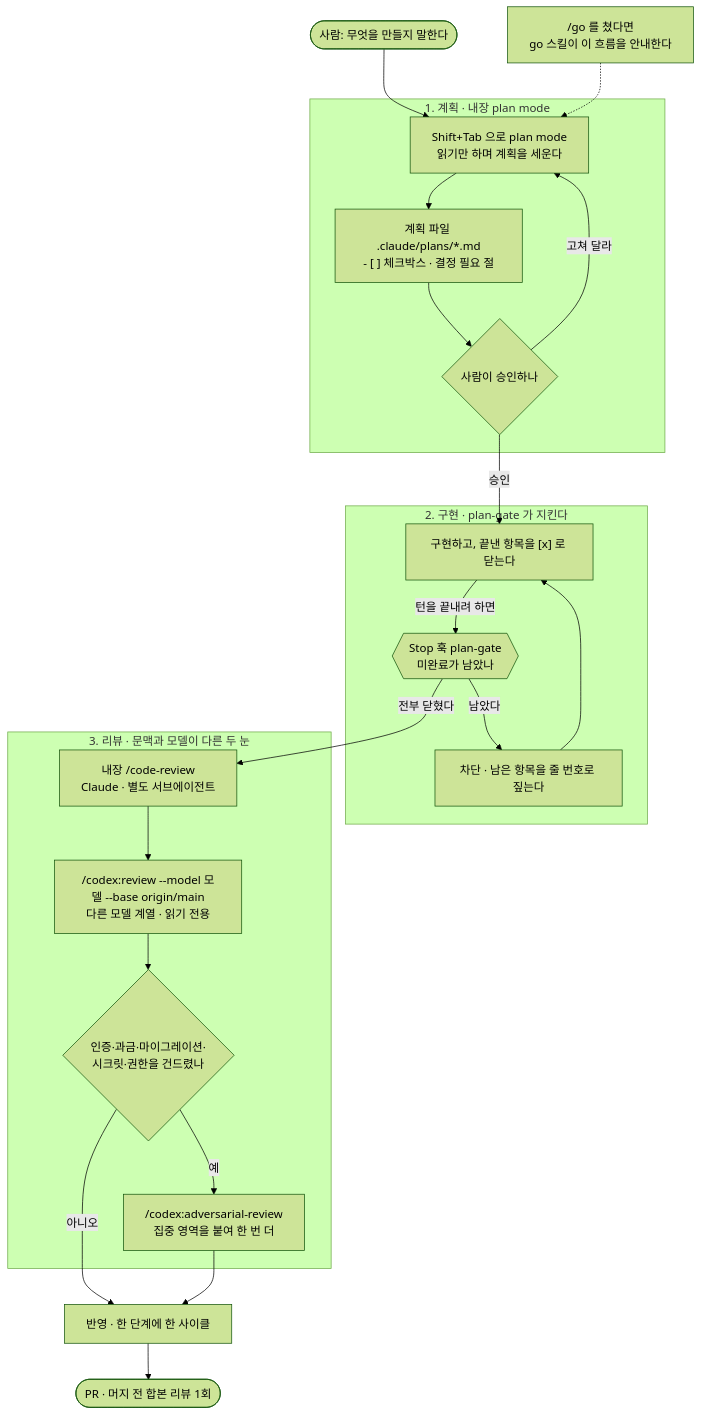
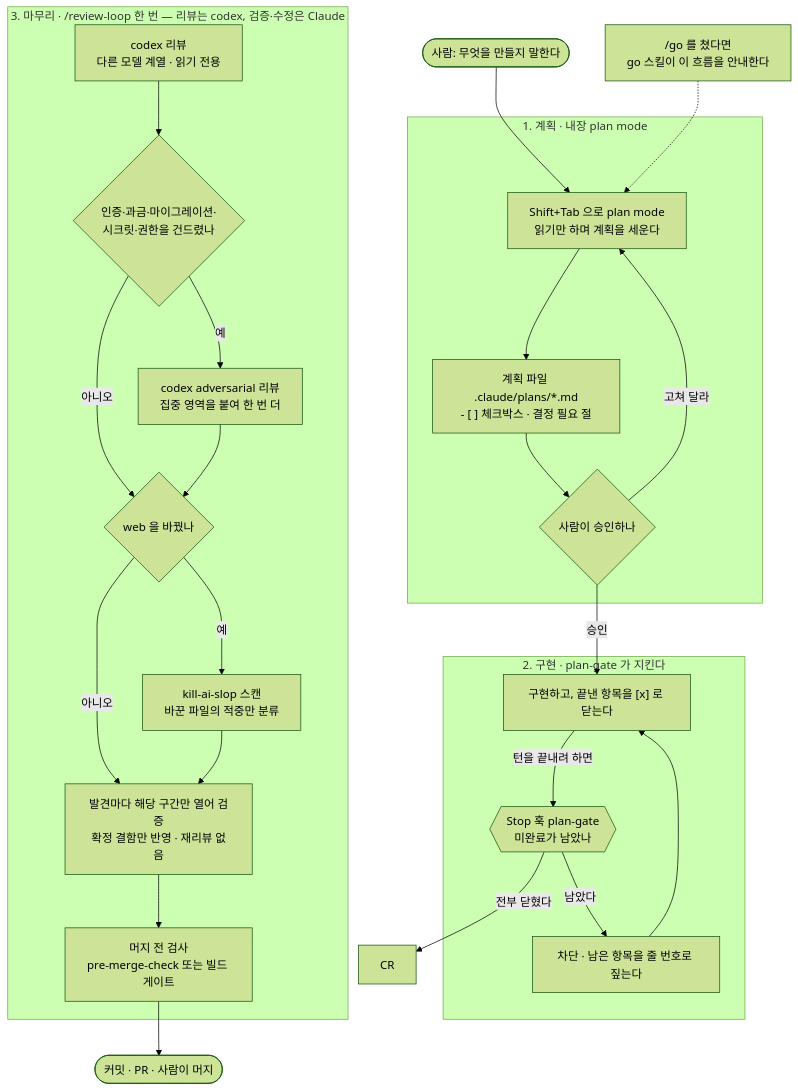
One commit to jwjinn/go-skill changed the first of 3 diagrams in README.md. Above: the diagram before and after it, drawn with Mermaid (forest theme). The commit also changed other lines of this file and 2 other files, not shown here.

Commit message:
feat(review-loop): 구현 뒤 마무리 한 사이클을 스킬 하나로 묶는다 — 리뷰어는 codex 하나 (#3)
사용자 질문(2026-10-11): 「이것들을 기존 go 스킬처럼 매번 하는 흐름을 묶을 수 없는 건가?」 → 묶었다.
이어진 결정: 「리뷰 1(Claude)·리뷰 2(codex) 이걸 하나만 하자. claude 토큰을 너무 쓰는 거 같은데」 → codex 하나.

- skills/review-loop: codex 리뷰(민감 영역이면 adversarial 추가) → web 변경이면 kill-ai-slop 스캔 →
  발견마다 해당 구간만 열어 검증 → 확정 결함만 반영 → pre-merge-check(있으면) → 커밋·PR(--no-pr · --merge).
  슬래시 명령 /codex:review 는 모델이 못 부르므로 플러그인의 companion 스크립트를 직접 실행한다.
  내장 /code-review 는 부르지 않는다. codex 가 실패하면 조용히 Claude 리뷰로 바꾸지 않고 묻는다.
- skills/go 안내와 README(표 · 흐름도 · 다섯 줄)를 그 흐름으로 고쳤다.
- E2E(새 세션 · 결함 둘을 심은 저장소 · --base HEAD~1 --no-pr): codex 가 P1 인젝션·P2 off-by-one 을 찾고,
  Claude 가 둘 다 재현을 확인한 뒤 고쳐 커밋했다. 17턴 · $1.07(리뷰 자체는 codex 토큰이고 이 값은 검증·수정·
  임시 테스트에 든 Claude 몫이다).

````diff
--- a/README.md
+++ b/README.md
@@ -18,31 +19,34 @@
 ```mermaid
 flowchart TD
     U(["사람: 무엇을 만들지 말한다"]) --> PM
     G["/go 를 쳤다면<br/>go 스킬이 이 흐름을 안내한다"] -.-> PM
 
     subgraph S1["1. 계획 · 내장 plan mode"]
         PM["Shift+Tab 으로 plan mode<br/>읽기만 하며 계획을 세운다"] --> PF["계획 파일 .claude/plans/*.md<br/>- [ ] 체크박스 · 결정 필요 절"]
         PF --> OK{"사람이 승인하나"}
     end
 
     OK -->|"고쳐 달라"| PM
     OK -->|"승인"| IM
 
     subgraph S2["2. 구현 · plan-gate 가 지킨다"]
         IM["구현하고, 끝낸 항목을 [x] 로 닫는다"] -->|"턴을 끝내려 하면"| GT{{"Stop 훅 plan-gate<br/>미완료가 남았나"}}
         GT -->|"남았다"| BL["차단 · 남은 항목을 줄 번호로 짚는다"]
         BL --> IM
     end
 
     GT -->|"전부 닫혔다"| CR
 
-    subgraph S3["3. 리뷰 · 문맥과 모델이 다른 두 눈"]
-        CR["내장 /code-review<br/>Claude · 별도 서브에이전트"] --> CX["/codex:review --model 모델 --base origin/main<br/>다른 모델 계열 · 읽기 전용"]
-        CX --> SEN{"인증·과금·마이그레이션·<br/>시크릿·권한을 건드렸나"}
-        SEN -->|"예"| ADV["/codex:adversarial-review<br/>집중 영역을 붙여 한 번 더"]
+    subgraph S3["3. 마무리 · /review-loop 한 번 — 리뷰는 codex, 검증·수정은 Claude"]
+        CX["codex 리뷰<br/>다른 모델 계열 · 읽기 전용"] --> SEN{"인증·과금·마이그레이션·<br/>시크릿·권한을 건드렸나"}
+        SEN -->|"예"| ADV["codex adversarial 리뷰<br/>집중 영역을 붙여 한 번 더"]
+        SEN -->|"아니오"| WB{"web 을 바꿨나"}
+        ADV --> WB
+        WB -->|"예"| SL["kill-ai-slop 스캔<br/>바꾼 파일의 적중만 분류"]
+        WB -->|"아니오"| FX
+        SL --> FX["발견마다 해당 구간만 열어 검증<br/>확정 결함만 반영 · 재리뷰 없음"]
+        FX --> CK["머지 전 검사<br/>pre-merge-check 또는 빌드 게이트"]
     end
 
-    SEN -->|"아니오"| FX
-    ADV --> FX["반영 · 한 단계에 한 사이클"]
-    FX --> PR(["PR · 머지 전 합본 리뷰 1회"])
+    CK --> PR(["커밋 · PR · 사람이 머지"])
 ```
````
